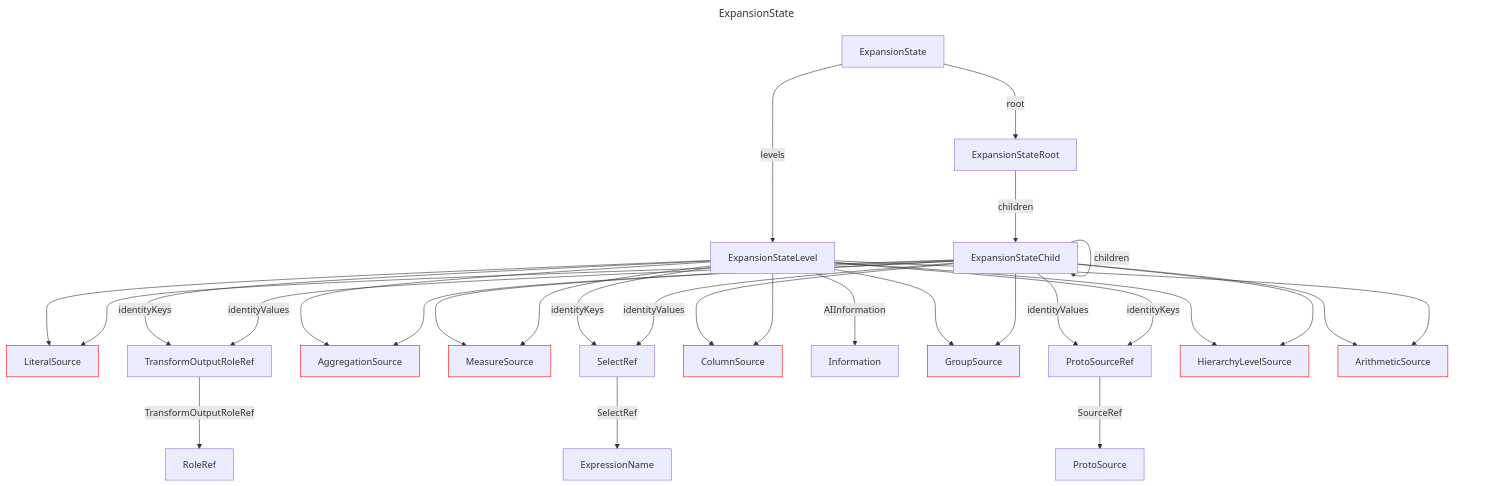
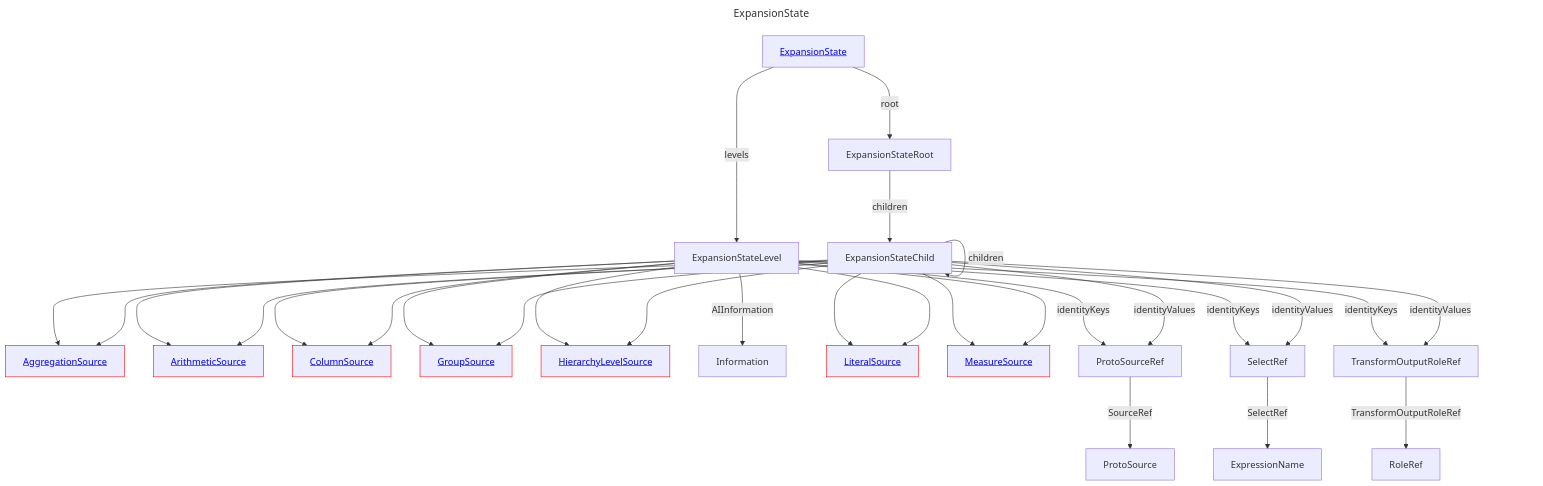
The diagram in docs/docs/layout/erd/ExpansionState.md (douglassimonsen/pbi_core), drawn with Mermaid before and after one commit. The commit also changed 76 other files, not shown here.

````diff
--- a/docs/docs/layout/erd/ExpansionState.md
+++ b/docs/docs/layout/erd/ExpansionState.md
@@ -1,59 +1,59 @@
 ```mermaid
 ---
 title: ExpansionState
 ---
 graph 
-2430071820688["RoleRef"]
-2430071816784["LiteralSource"]
-style 2430071816784 stroke:#ff0000,stroke-width:1px
-2430071814832["TransformOutputRoleRef"]
-2430071366800["ExpressionName"]
-2430071823616["ExpansionStateRoot"]
-2430071358016["AggregationSource"]
-style 2430071358016 stroke:#ff0000,stroke-width:1px
-2430071359968["MeasureSource"]
-style 2430071359968 stroke:#ff0000,stroke-width:1px
-2430071825568["ProtoSourceRef"]
-2430071365824["ColumnSource"]
-style 2430071365824 stroke:#ff0000,stroke-width:1px
-2430071817760["Information"]
-2430071808976["GroupSource"]
-style 2430071808976 stroke:#ff0000,stroke-width:1px
-2430071356064["SelectRef"]
-2430071819712["ProtoSource"]
-2430071827520["ExpansionState"]
-2430071809952["ExpansionStateLevel"]
-2430071813856["ExpansionStateChild"]
-2430071363872["HierarchyLevelSource"]
-style 2430071363872 stroke:#ff0000,stroke-width:1px
-2430071382416["ArithmeticSource"]
-style 2430071382416 stroke:#ff0000,stroke-width:1px
-2430071813856 --->|children| 2430071813856
-2430071809952 ---> 2430071363872
-2430071823616 --->|children| 2430071813856
-2430071827520 --->|levels| 2430071809952
-2430071809952 --->|identityKeys| 2430071814832
-2430071809952 ---> 2430071358016
-2430071813856 --->|identityValues| 2430071825568
-2430071813856 ---> 2430071359968
-2430071809952 --->|identityKeys| 2430071356064
-2430071825568 --->|SourceRef| 2430071819712
-2430071813856 ---> 2430071365824
-2430071814832 --->|TransformOutputRoleRef| 2430071820688
-2430071813856 ---> 2430071363872
-2430071809952 ---> 2430071808976
-2430071809952 --->|identityKeys| 2430071825568
-2430071809952 --->|AIInformation| 2430071817760
-2430071356064 --->|SelectRef| 2430071366800
-2430071827520 --->|root| 2430071823616
-2430071813856 ---> 2430071358016
-2430071809952 ---> 2430071816784
-2430071813856 ---> 2430071382416
-2430071813856 --->|identityValues| 2430071356064
-2430071809952 ---> 2430071359968
-2430071813856 ---> 2430071816784
-2430071809952 ---> 2430071382416
-2430071813856 --->|identityValues| 2430071814832
-2430071809952 ---> 2430071365824
-2430071813856 ---> 2430071808976
+AggregationSource[<a href='/layout/erd/AggregationSource'>AggregationSource</a>]
+style AggregationSource stroke:#ff0000,stroke-width:1px
+ArithmeticSource[<a href='/layout/erd/ArithmeticSource'>ArithmeticSource</a>]
+style ArithmeticSource stroke:#ff0000,stroke-width:1px
+ColumnSource[<a href='/layout/erd/ColumnSource'>ColumnSource</a>]
+style ColumnSource stroke:#ff0000,stroke-width:1px
+ExpansionState[<a href='/layout/erd/ExpansionState'>ExpansionState</a>]
+ExpansionStateChild[ExpansionStateChild]
+ExpansionStateLevel[ExpansionStateLevel]
+ExpansionStateRoot[ExpansionStateRoot]
+ExpressionName[ExpressionName]
+GroupSource[<a href='/layout/erd/GroupSource'>GroupSource</a>]
+style GroupSource stroke:#ff0000,stroke-width:1px
+HierarchyLevelSource[<a href='/layout/erd/HierarchyLevelSource'>HierarchyLevelSource</a>]
+style HierarchyLevelSource stroke:#ff0000,stroke-width:1px
+Information[Information]
+LiteralSource[<a href='/layout/erd/LiteralSource'>LiteralSource</a>]
+style LiteralSource stroke:#ff0000,stroke-width:1px
+MeasureSource[<a href='/layout/erd/MeasureSource'>MeasureSource</a>]
+style MeasureSource stroke:#ff0000,stroke-width:1px
+ProtoSource[ProtoSource]
+ProtoSourceRef[ProtoSourceRef]
+RoleRef[RoleRef]
+SelectRef[SelectRef]
+TransformOutputRoleRef[TransformOutputRoleRef]
+ExpansionStateChild --->|identityValues| SelectRef
+ExpansionStateChild --->|identityValues| ProtoSourceRef
+ExpansionStateLevel --->|identityKeys| ProtoSourceRef
+ExpansionStateChild ---> GroupSource
+ExpansionStateChild --->|identityValues| TransformOutputRoleRef
+ExpansionStateLevel --->|AIInformation| Information
+ProtoSourceRef --->|SourceRef| ProtoSource
+ExpansionStateLevel ---> AggregationSource
+ExpansionState --->|root| ExpansionStateRoot
+ExpansionStateLevel --->|identityKeys| TransformOutputRoleRef
+ExpansionStateLevel ---> ColumnSource
+ExpansionStateLevel ---> LiteralSource
+TransformOutputRoleRef --->|TransformOutputRoleRef| RoleRef
+ExpansionStateLevel --->|identityKeys| SelectRef
+ExpansionStateChild ---> HierarchyLevelSource
+ExpansionStateChild ---> AggregationSource
+ExpansionStateChild ---> LiteralSource
+ExpansionState --->|levels| ExpansionStateLevel
+ExpansionStateChild ---> ArithmeticSource
+ExpansionStateChild ---> ColumnSource
+ExpansionStateLevel ---> GroupSource
+SelectRef --->|SelectRef| ExpressionName
+ExpansionStateRoot --->|children| ExpansionStateChild
+ExpansionStateChild --->|children| ExpansionStateChild
+ExpansionStateLevel ---> HierarchyLevelSource
+ExpansionStateLevel ---> MeasureSource
+ExpansionStateLevel ---> ArithmeticSource
+ExpansionStateChild ---> MeasureSource
 ```
````
